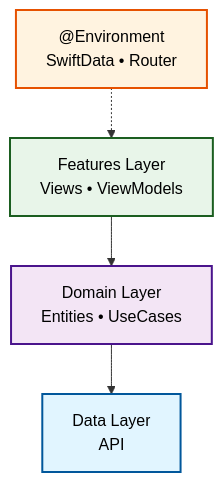
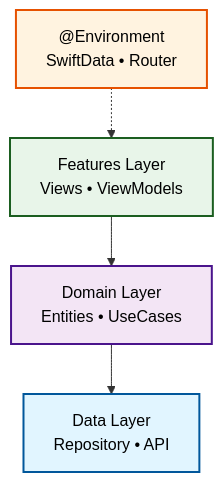
One commit to MathGnt/BarTinder changed the diagram in README.md. Above: the diagram before and after it, drawn with Mermaid.

Commit message:
Update README to reflect changes in Data Layer
Added repo

````diff
--- a/README.md
+++ b/README.md
@@ -88,16 +88,16 @@
 ```mermaid
 graph TD
-    Data["Data Layer<br/>API"]
+    Data["Data Layer<br/>Repository • API"]
     Domain["Domain Layer<br/>Entities • UseCases"]
     Features["Features Layer<br/>Views • ViewModels"]
     Env["@Environment<br/>SwiftData • Router"]
 
     Features --> Domain
     Domain --> Data
     Env -.-> Features
 
     style Data fill:#e1f5ff,stroke:#01579b,stroke-width:2px,color:#000
     style Domain fill:#f3e5f5,stroke:#4a148c,stroke-width:2px,color:#000
     style Features fill:#e8f5e9,stroke:#1b5e20,stroke-width:2px,color:#000
     style Env fill:#fff3e0,stroke:#e65100,stroke-width:2px,color:#000
 ```
````
